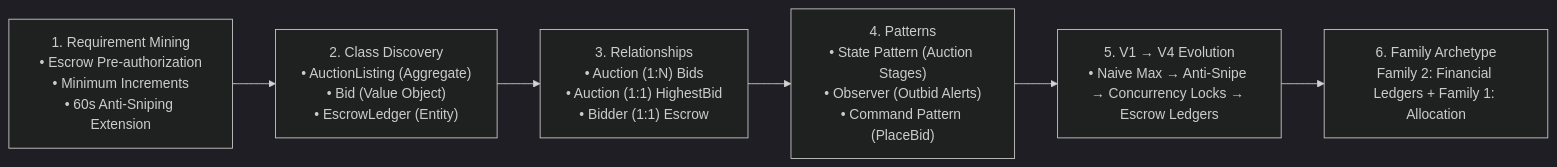
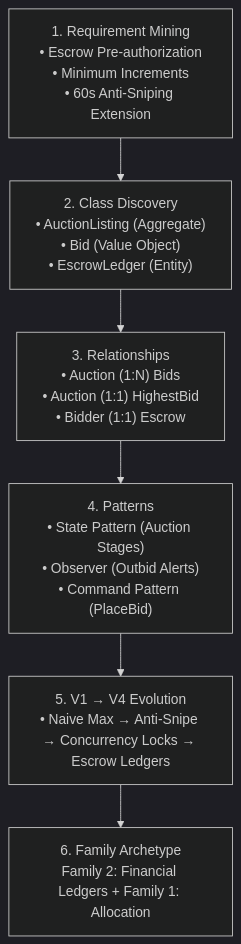
The first of 2 diagrams in LLD/04_Tier4_Senior_Backend/36_Online_Auction_System.md (dip4k/DSA_102), drawn with Mermaid (dark theme) before and after one commit. The commit also changed other lines of this file and 191 other files, not shown here.

````diff
--- a/LLD/04_Tier4_Senior_Backend/36_Online_Auction_System.md
+++ b/LLD/04_Tier4_Senior_Backend/36_Online_Auction_System.md
@@ -14,8 +14,8 @@
 ```mermaid
-flowchart LR
-    A["1. Requirement Mining\n• Escrow Pre-authorization\n• Minimum Increments\n• 60s Anti-Sniping Extension"] --> B["2. Class Discovery\n• AuctionListing (Aggregate)\n• Bid (Value Object)\n• EscrowLedger (Entity)"]
-    B --> C["3. Relationships\n• Auction (1:N) Bids\n• Auction (1:1) HighestBid\n• Bidder (1:1) Escrow"]
-    C --> D["4. Patterns\n• State Pattern (Auction Stages)\n• Observer (Outbid Alerts)\n• Command Pattern (PlaceBid)"]
-    D --> E["5. V1 → V4 Evolution\n• Naive Max → Anti-Snipe → Concurrency Locks → Escrow Ledgers"]
-    E --> F["6. Family Archetype\nFamily 2: Financial Ledgers + Family 1: Allocation"]
+flowchart TD
+    A["1. Requirement Mining<br/>• Escrow Pre-authorization<br/>• Minimum Increments<br/>• 60s Anti-Sniping Extension"] --> B["2. Class Discovery<br/>• AuctionListing (Aggregate)<br/>• Bid (Value Object)<br/>• EscrowLedger (Entity)"]
+    B --> C["3. Relationships<br/>• Auction (1:N) Bids<br/>• Auction (1:1) HighestBid<br/>• Bidder (1:1) Escrow"]
+    C --> D["4. Patterns<br/>• State Pattern (Auction Stages)<br/>• Observer (Outbid Alerts)<br/>• Command Pattern (PlaceBid)"]
+    D --> E["5. V1 → V4 Evolution<br/>• Naive Max → Anti-Snipe → Concurrency Locks → Escrow Ledgers"]
+    E --> F["6. Family Archetype<br/>Family 2: Financial Ledgers + Family 1: Allocation"]
 ```
````
